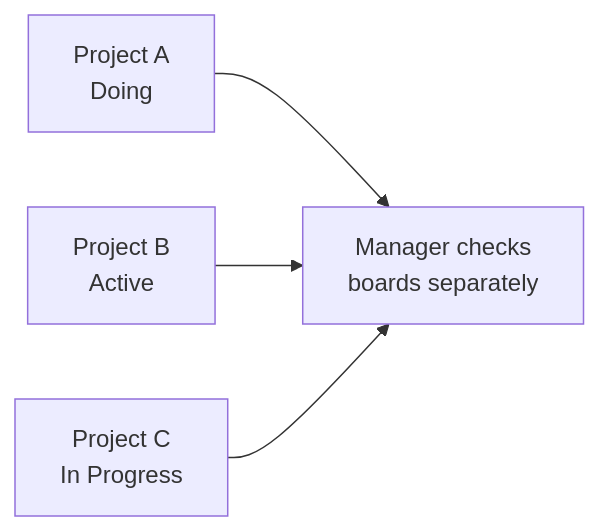
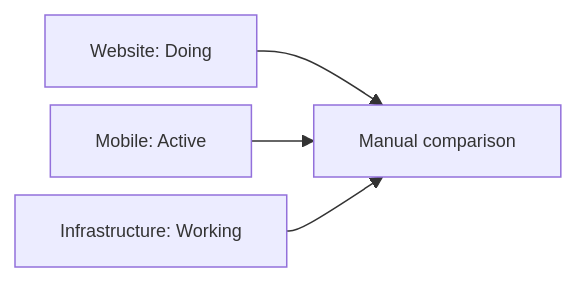
One commit to ahmadhas08-sys/Project-INT-Al-Jarmoozi changed the first of 3 diagrams in 00-project/03-presentation-1.md. Above: the diagram before and after it, drawn with Mermaid. The commit also changed other lines of this file, not shown here.

````diff
--- a/00-project/03-presentation-1.md
+++ b/00-project/03-presentation-1.md
@@ -23,6 +19,7 @@
 ```mermaid
+%%{init: {"themeVariables": {"fontSize": "12px"}, "flowchart": {"nodeSpacing": 12, "rankSpacing": 18, "diagramPadding": 4}}}%%
 flowchart LR
-  A[Project A<br/>Doing] --> D[Manager checks<br/>boards separately]
-  B[Project B<br/>Active] --> D
-  C[Project C<br/>In Progress] --> D
+  A[Website: Doing] --> M[Manual comparison]
+  B[Mobile: Active] --> M
+  C[Infrastructure: Working] --> M
 ```
````
